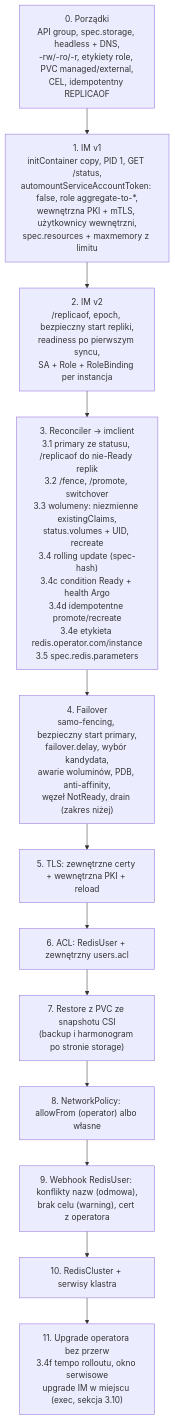
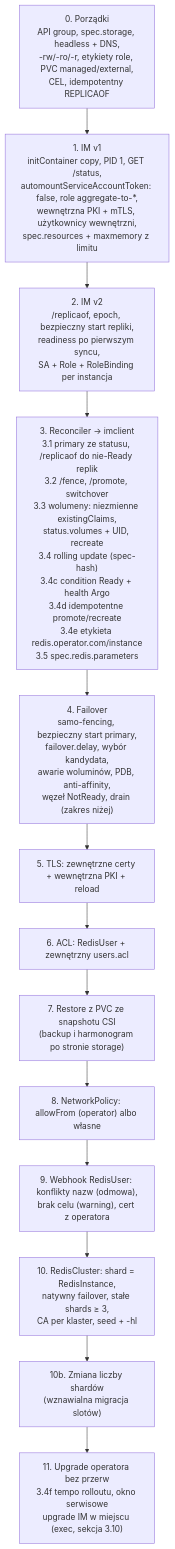
Before and after one commit to MrPickle311/redis-operator: the seventh of 7 diagrams in redis-operator-master-plan.md, drawn with Mermaid. The commit also changed other lines of this file and 15 other files, not shown here.

Commit message:
Added redis cluster spec

````diff
--- a/redis-operator-master-plan.md
+++ b/redis-operator-master-plan.md
@@ -945,16 +957,17 @@
 ```mermaid
 graph TD
     S0["0. Porządki<br/>API group, spec.storage, headless + DNS,<br/>-rw/-ro/-r, etykiety role, PVC managed/external,<br/>CEL, idempotentny REPLICAOF"]
     S1["1. IM v1<br/>initContainer copy, PID 1, GET /status,<br/>automountServiceAccountToken: false, role aggregate-to-*,<br/>wewnętrzna PKI + mTLS, użytkownicy wewnętrzni,<br/>spec.resources + maxmemory z limitu"]
     S2["2. IM v2<br/>/replicaof, epoch, bezpieczny start repliki,<br/>readiness po pierwszym syncu,<br/>SA + Role + RoleBinding per instancja"]
     S3["3. Reconciler → imclient<br/>3.1 primary ze statusu, /replicaof do nie-Ready replik<br/>3.2 /fence, /promote, switchover<br/>3.3 wolumeny: niezmienne existingClaims,<br/>status.volumes + UID, recreate<br/>3.4 rolling update (spec-hash)<br/>3.4c condition Ready + health Argo<br/>3.4d idempotentne promote/recreate<br/>3.4e etykieta redis.operator.com/instance<br/>3.5 spec.redis.parameters"]
     S4["4. Failover<br/>samo-fencing, bezpieczny start primary,<br/>failover.delay, wybór kandydata,<br/>awarie woluminów, PDB, anti-affinity,<br/>węzeł NotReady, drain (zakres niżej)"]
     S5["5. TLS: zewnętrzne certy + wewnętrzna PKI + reload"]
     S6["6. ACL: RedisUser + zewnętrzny users.acl"]
     S7["7. Restore z PVC ze snapshotu CSI<br/>(backup i harmonogram po stronie storage)"]
     S8["8. NetworkPolicy: allowFrom (operator) albo własne"]
     S9["9. Webhook RedisUser: konflikty nazw (odmowa),<br/>brak celu (warning), cert z operatora"]
-    S10["10. RedisCluster + serwisy klastra"]
+    S10["10. RedisCluster: shard = RedisInstance,<br/>natywny failover, stałe shards ≥ 3,<br/>CA per klaster, seed + -hl"]
+    S10b["10b. Zmiana liczby shardów<br/>(wznawialna migracja slotów)"]
     S11["11. Upgrade operatora bez przerw<br/>3.4f tempo rolloutu, okno serwisowe<br/>upgrade IM w miejscu (exec, sekcja 3.10)"]
-    S0 --> S1 --> S2 --> S3 --> S4 --> S5 --> S6 --> S7 --> S8 --> S9 --> S10 --> S11
+    S0 --> S1 --> S2 --> S3 --> S4 --> S5 --> S6 --> S7 --> S8 --> S9 --> S10 --> S10b --> S11
 ```
````
